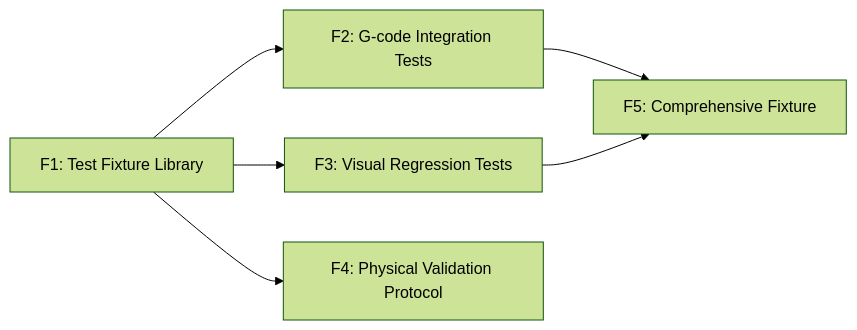
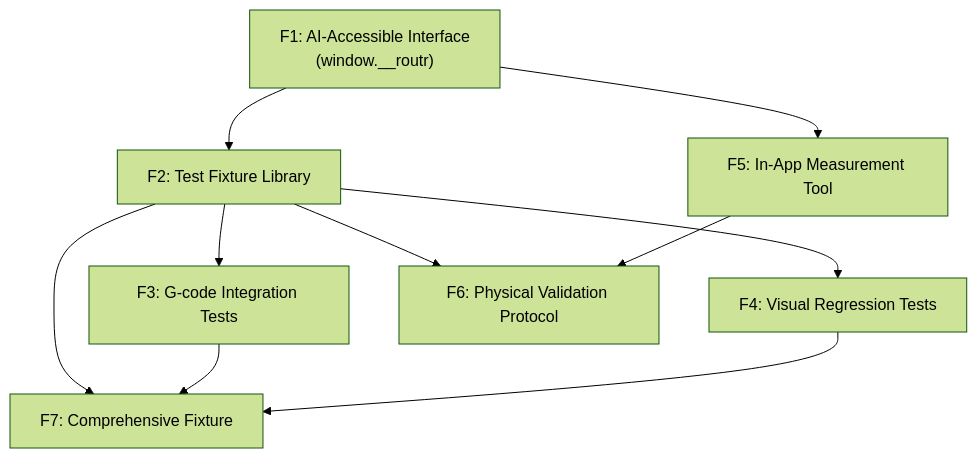
One commit to danhannah94/csdlc-docs changed the fourth of 4 diagrams in docs/projects/routr/epics/validation.md. Above: the diagram before and after it, drawn with Mermaid (forest theme). The commit also changed other lines of this file, not shown here.

Commit message:
docs: validation epic - refinement pass 3 (3-layer model, AI hooks, measurement tool, CI/CD strategy, testing strategy for new features)

````diff
--- a/docs/projects/routr/epics/validation.md
+++ b/docs/projects/routr/epics/validation.md
@@ -382,8 +514,12 @@
 ```mermaid
-graph LR
-    F1["F1: Test Fixture Library"] --> F2["F2: G-code Integration Tests"]
-    F1 --> F3["F3: Visual Regression Tests"]
-    F1 --> F4["F4: Physical Validation Protocol"]
-    F2 --> F5["F5: Comprehensive Fixture"]
-    F3 --> F5
+graph TD
+    F1["F1: AI-Accessible Interface<br/>(window.__routr)"] --> F2["F2: Test Fixture Library"]
+    F1 --> F5["F5: In-App Measurement Tool"]
+    F2 --> F3["F3: G-code Integration Tests"]
+    F2 --> F4["F4: Visual Regression Tests"]
+    F2 --> F6["F6: Physical Validation Protocol"]
+    F5 --> F6
+    F2 --> F7["F7: Comprehensive Fixture"]
+    F3 --> F7
+    F4 --> F7
 ```
````
